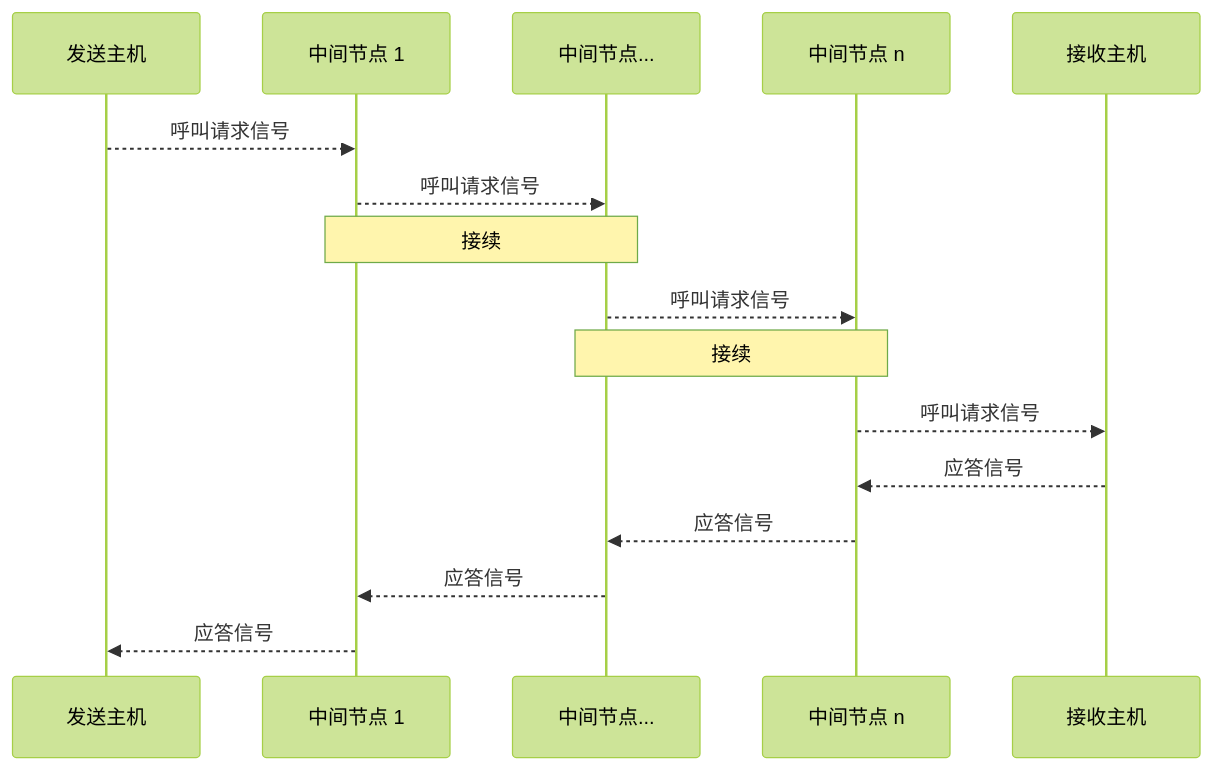
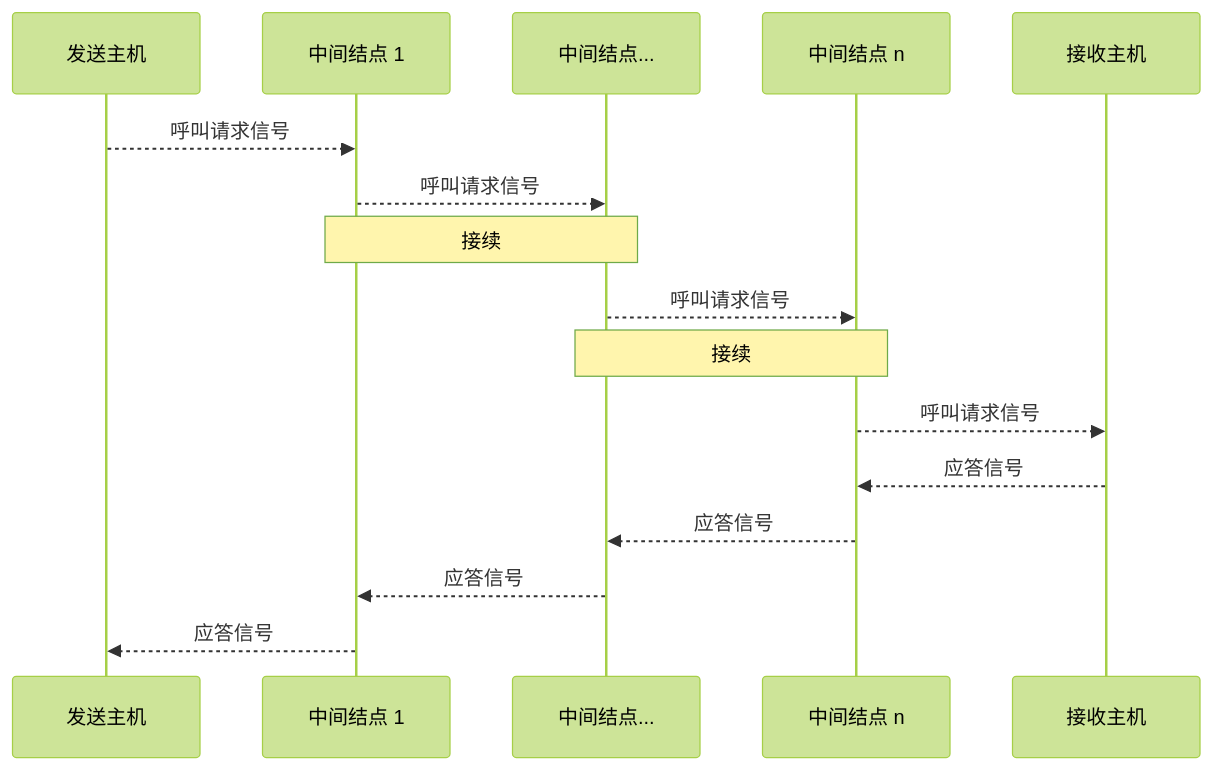
Before and after one commit to DreamsRj/computerTechNotes: diagram 11 of 11 in 计算机网络原理/01.计算机网络概述.md, drawn with Mermaid (forest theme). The commit also changed other lines of this file and 59 other files, not shown here.

````diff
--- a/计算机网络原理/01.计算机网络概述.md
+++ b/计算机网络原理/01.计算机网络概述.md
@@ -516,20 +516,20 @@
 ```mermaid
 sequenceDiagram
 participant a as 发送主机
-participant b as 中间节点 1
-participant c as 中间节点...
-participant d as 中间节点 n
+participant b as 中间结点 1
+participant c as 中间结点...
+participant d as 中间结点 n
 participant e as 接收主机
 
 
 a -->> b:呼叫请求信号
 b -->> c:呼叫请求信号
 note over b,c:接续
 c -->> d:呼叫请求信号
 note over c,d:接续
 d -->> e:呼叫请求信号
 e -->> d:应答信号
 d -->> c:应答信号
 c -->> b:应答信号
 b -->> a:应答信号
 ```
````
